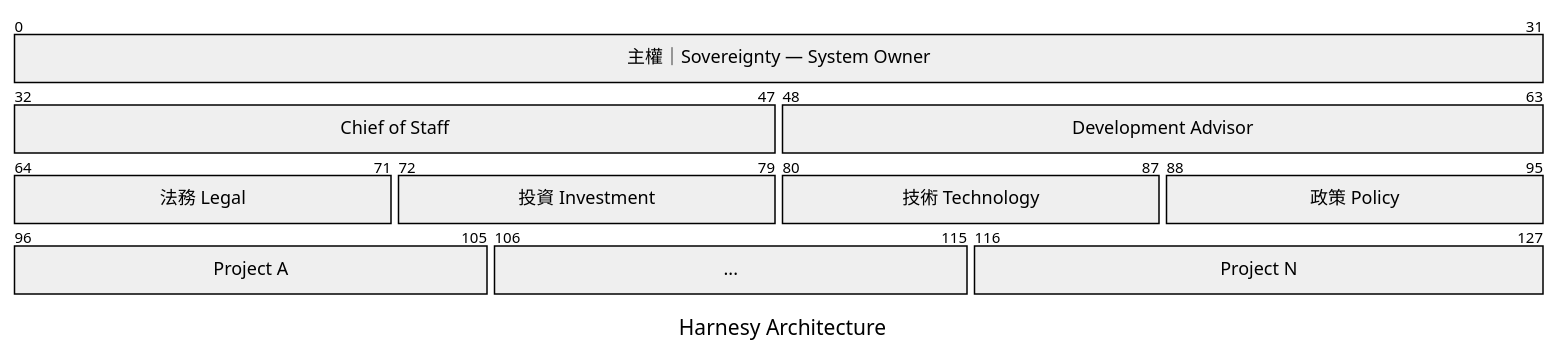
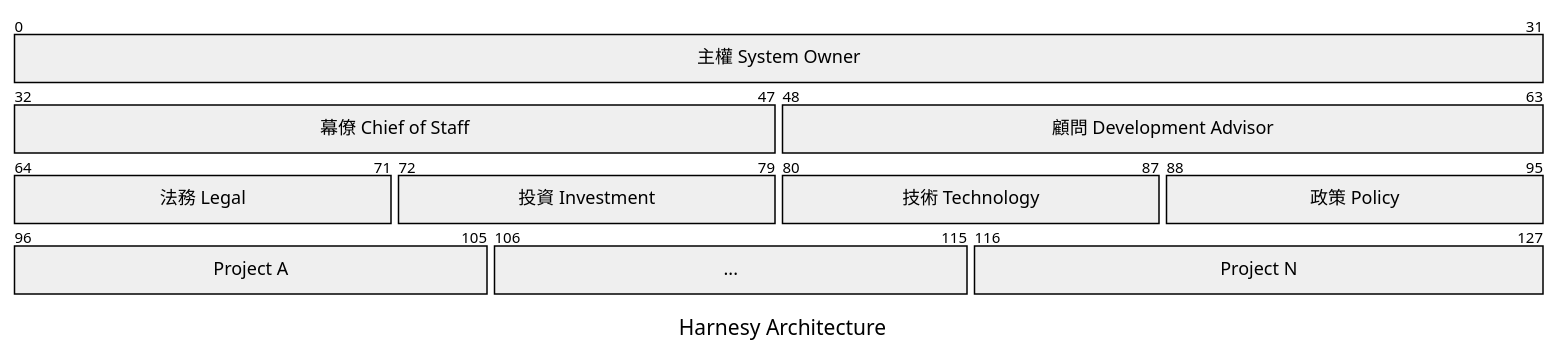
One commit to MarkovChenITRI/.github changed the third of 3 diagrams in profile/README.md. Above: the diagram before and after it, drawn with Mermaid.

````diff
--- a/profile/README.md
+++ b/profile/README.md
@@ -105,16 +105,16 @@
 ```mermaid
 ---
 title: Harnesy Architecture
 ---
 packet
-0-31: "主權｜Sovereignty — System Owner"
-32-47: "Chief of Staff"
-48-63: "Development Advisor"
+0-31: "主權 System Owner"
+32-47: "幕僚 Chief of Staff"
+48-63: "顧問 Development Advisor"
 64-71: "法務 Legal"
 72-79: "投資 Investment"
 80-87: "技術 Technology"
 88-95: "政策 Policy"
 96-105: "Project A"
 106-115: "..."
 116-127: "Project N"
 ```
````
